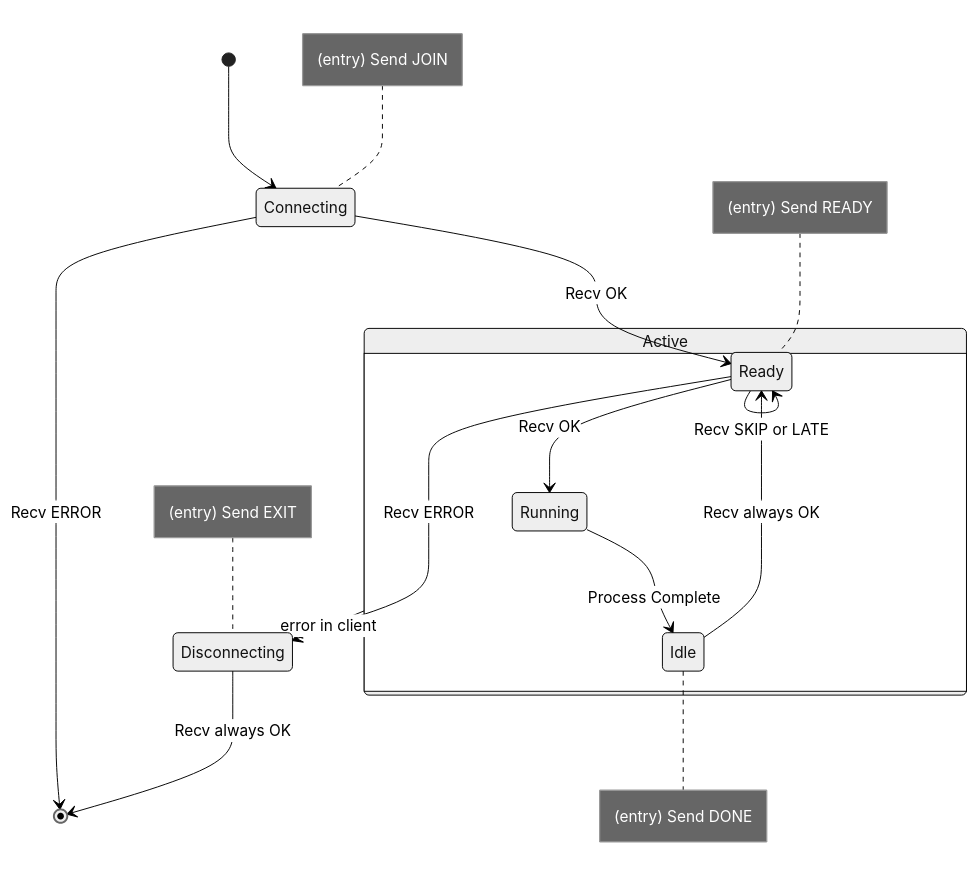
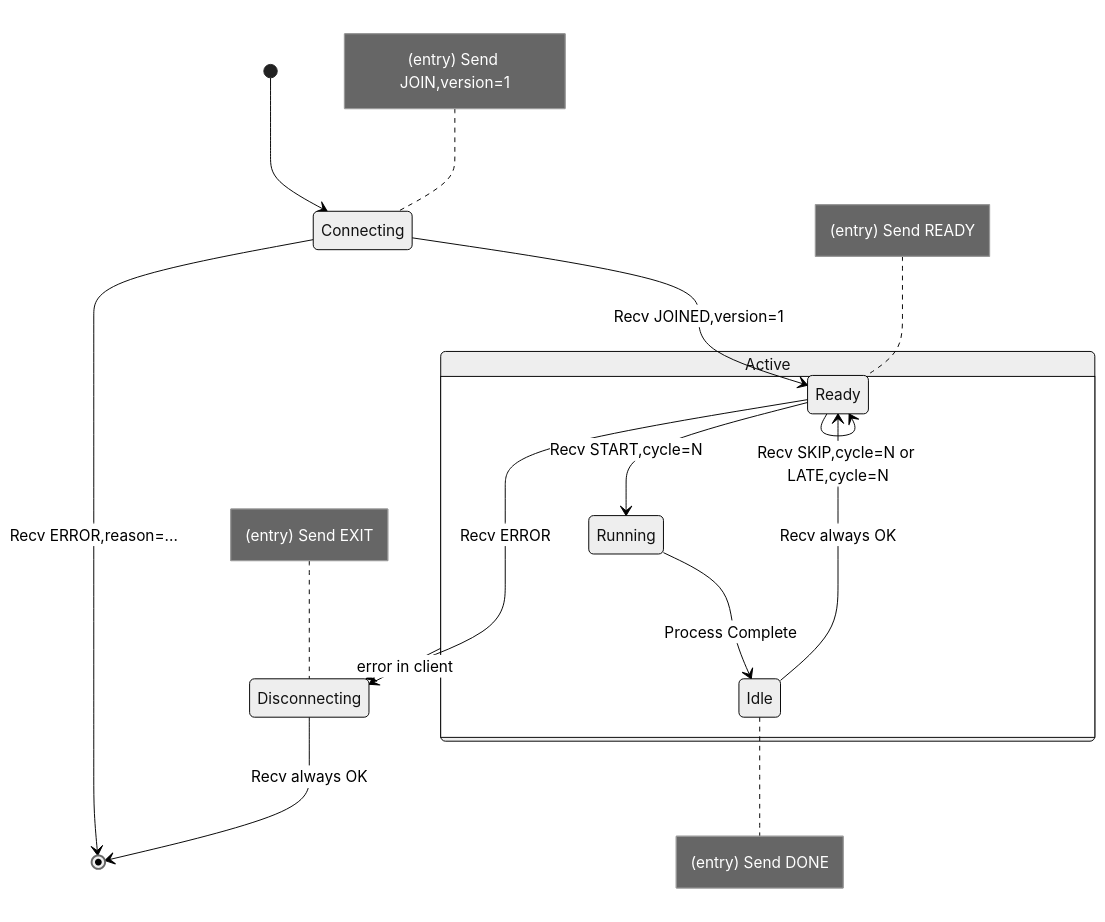
The first of 2 diagrams in docs/state-management.md (nao-kawano/ritsu-scheduler), drawn with Mermaid (neutral theme) before and after one commit. The commit also changed other lines of this file and 4 other files, not shown here.

First line of the commit message:
docs: refine message formats and flows for better extensibility and operability

````diff
--- a/docs/state-management.md
+++ b/docs/state-management.md
@@ -14,25 +14,25 @@
 ```mermaid
 stateDiagram-v2
     [*] --> Connecting
-    note left of Connecting : (entry) Send JOIN
+    note left of Connecting : (entry) Send JOIN,version=1
 
-    Connecting --> [*] : Recv ERROR
-    Connecting --> Ready : Recv OK
+    Connecting --> [*] : Recv ERROR,reason=...
+    Connecting --> Ready : Recv JOINED,version=1
     note left of Ready : (entry) Send READY
 
     State Active {
-        Ready --> Running : Recv OK
-        Ready --> Ready : Recv SKIP or LATE
+        Ready --> Running : Recv START,cycle=N
+        Ready --> Ready : Recv SKIP,cycle=N or LATE,cycle=N
 
         Running --> Idle : Process Complete
         note right of Idle : (entry) Send DONE
 
         Idle --> Ready : Recv always OK
     }
 
     Ready --> Disconnecting : Recv ERROR
     Active --> Disconnecting : error in client
     note left of Disconnecting : (entry) Send EXIT
 
     Disconnecting --> [*] : Recv always OK
 ```
````
